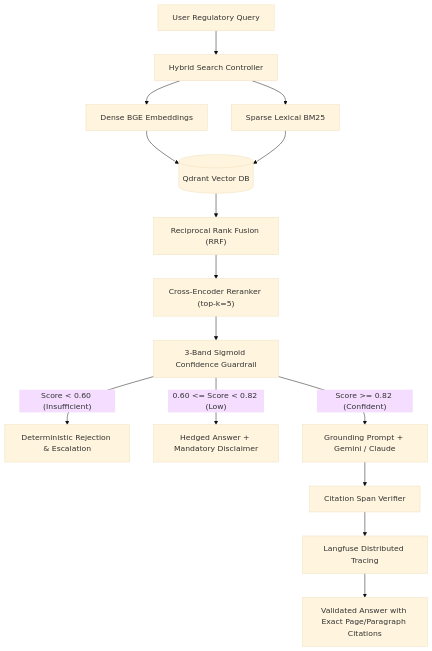
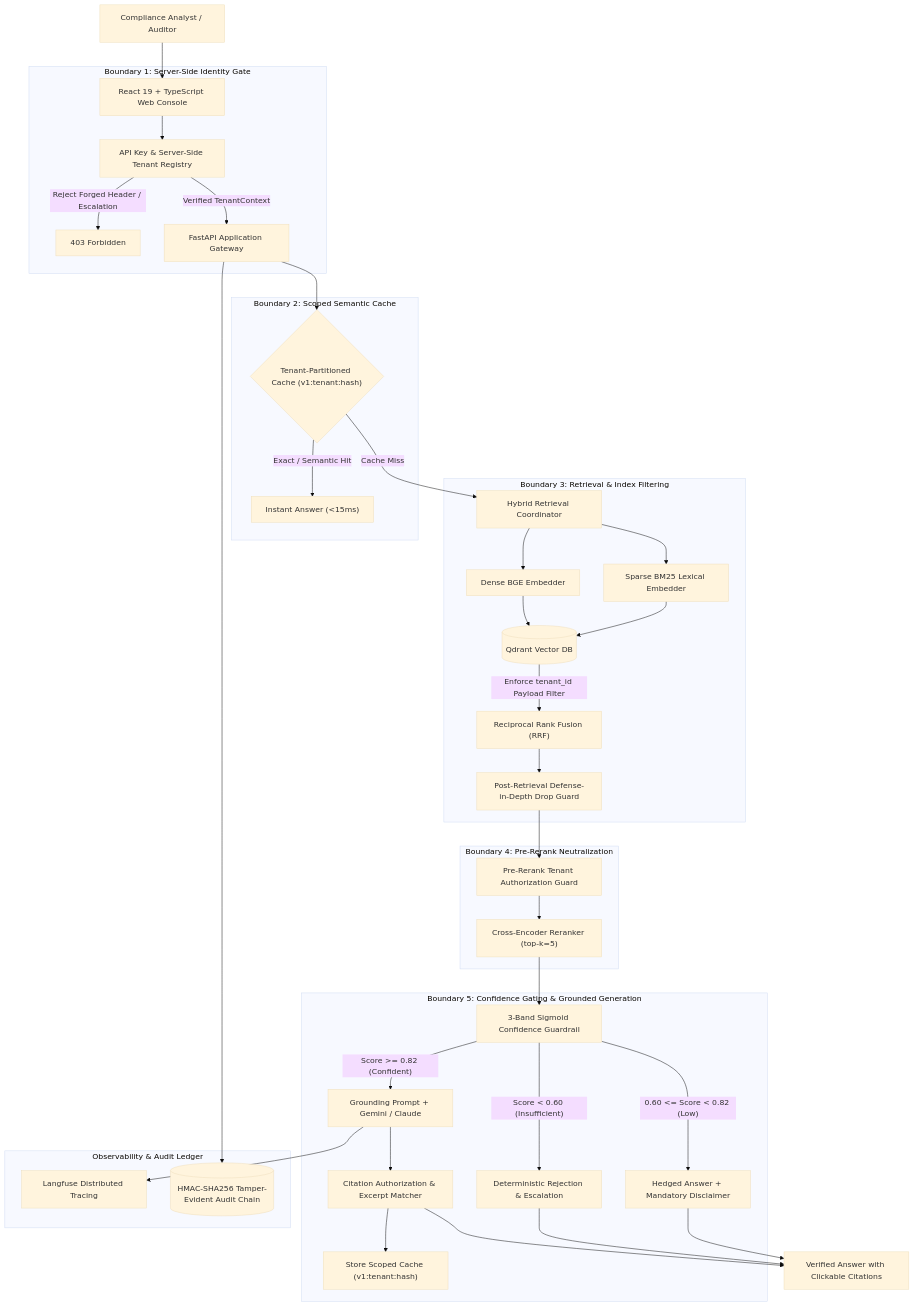
One commit to sultanriaz/sultanriaz changed the second of 4 diagrams in README.md. Above: the diagram before and after it, drawn with Mermaid (base theme). The commit also changed other lines of this file, not shown here.

Commit message:
docs: showcase Session 3 multi-tenant security, BOLA/IDOR protection, and governance in Citerator

````diff
--- a/README.md
+++ b/README.md
@@ -161,17 +161,48 @@
 ```mermaid
 flowchart TD
-    Query["User Regulatory Query"] --> HybridSearch["Hybrid Search Controller"]
-    HybridSearch --> Dense["Dense BGE Embeddings"]
-    HybridSearch --> Sparse["Sparse Lexical BM25"]
-    Dense --> Qdrant[("Qdrant Vector DB")]
-    Sparse --> Qdrant
-    Qdrant --> RRF["Reciprocal Rank Fusion (RRF)"]
-    RRF --> Rerank["Cross-Encoder Reranker (top-k=5)"]
-    Rerank --> SigmoidGuard["3-Band Sigmoid Confidence Guardrail"]
-    SigmoidGuard -->|"Score < 0.60 (Insufficient)"| Refusal["Deterministic Rejection & Escalation"]
-    SigmoidGuard -->|"0.60 <= Score < 0.82 (Low)"| Hedged["Hedged Answer + Mandatory Disclaimer"]
-    SigmoidGuard -->|"Score >= 0.82 (Confident)"| LLMGen["Grounding Prompt + Gemini / Claude"]
-    LLMGen --> CitationVerify["Citation Span Verifier"]
-    CitationVerify --> Telemetry["Langfuse Distributed Tracing"]
-    Telemetry --> ClientResponse["Validated Answer with Exact Page/Paragraph Citations"]
+    User["Compliance Analyst / Auditor"] --> ClientUI["React 19 + TypeScript Web Console"]
+    
+    subgraph "Boundary 1: Server-Side Identity Gate"
+        ClientUI --> AuthGate["API Key & Server-Side Tenant Registry"]
+        AuthGate -->|"Reject Forged Header / Escalation"| Deny["403 Forbidden"]
+        AuthGate -->|"Verified TenantContext"| RouteHandler["FastAPI Application Gateway"]
+    end
+    
+    subgraph "Boundary 2: Scoped Semantic Cache"
+        RouteHandler --> CacheLookup{"Tenant-Partitioned Cache (v1:tenant:hash)"}
+        CacheLookup -->|"Exact / Semantic Hit"| CachedResponse["Instant Answer (<15ms)"]
+    end
+    
+    subgraph "Boundary 3: Retrieval & Index Filtering"
+        CacheLookup -->|"Cache Miss"| HybridEngine["Hybrid Retrieval Coordinator"]
+        HybridEngine --> Dense["Dense BGE Embedder"]
+        HybridEngine --> Sparse["Sparse BM25 Lexical Embedder"]
+        Dense --> Qdrant[("Qdrant Vector DB")]
+        Sparse --> Qdrant
+        Qdrant -->|"Enforce tenant_id Payload Filter"| RRF["Reciprocal Rank Fusion (RRF)"]
+        RRF --> PostDrop["Post-Retrieval Defense-in-Depth Drop Guard"]
+    end
+    
+    subgraph "Boundary 4: Pre-Rerank Neutralization"
+        PostDrop --> PreRerankAuth["Pre-Rerank Tenant Authorization Guard"]
+        PreRerankAuth --> Reranker["Cross-Encoder Reranker (top-k=5)"]
+    end
+    
+    subgraph "Boundary 5: Confidence Gating & Grounded Generation"
+        Reranker --> SigmoidGating["3-Band Sigmoid Confidence Guardrail"]
+        SigmoidGating -->|"Score < 0.60 (Insufficient)"| Refuse["Deterministic Rejection & Escalation"]
+        SigmoidGating -->|"0.60 <= Score < 0.82 (Low)"| Hedged["Hedged Answer + Mandatory Disclaimer"]
+        SigmoidGating -->|"Score >= 0.82 (Confident)"| LLM["Grounding Prompt + Gemini / Claude"]
+        LLM --> CitationResolver["Citation Authorization & Excerpt Matcher"]
+        CitationResolver --> CacheStore["Store Scoped Cache (v1:tenant:hash)"]
+    end
+    
+    subgraph "Observability & Audit Ledger"
+        LLM --> LangfuseTrace["Langfuse Distributed Tracing"]
+        RouteHandler --> AuditLedger[("HMAC-SHA256 Tamper-Evident Audit Chain")]
+    end
+    
+    CitationResolver --> FinalResponse["Verified Answer with Clickable Citations"]
+    Refuse --> FinalResponse
+    Hedged --> FinalResponse
 ```
````
